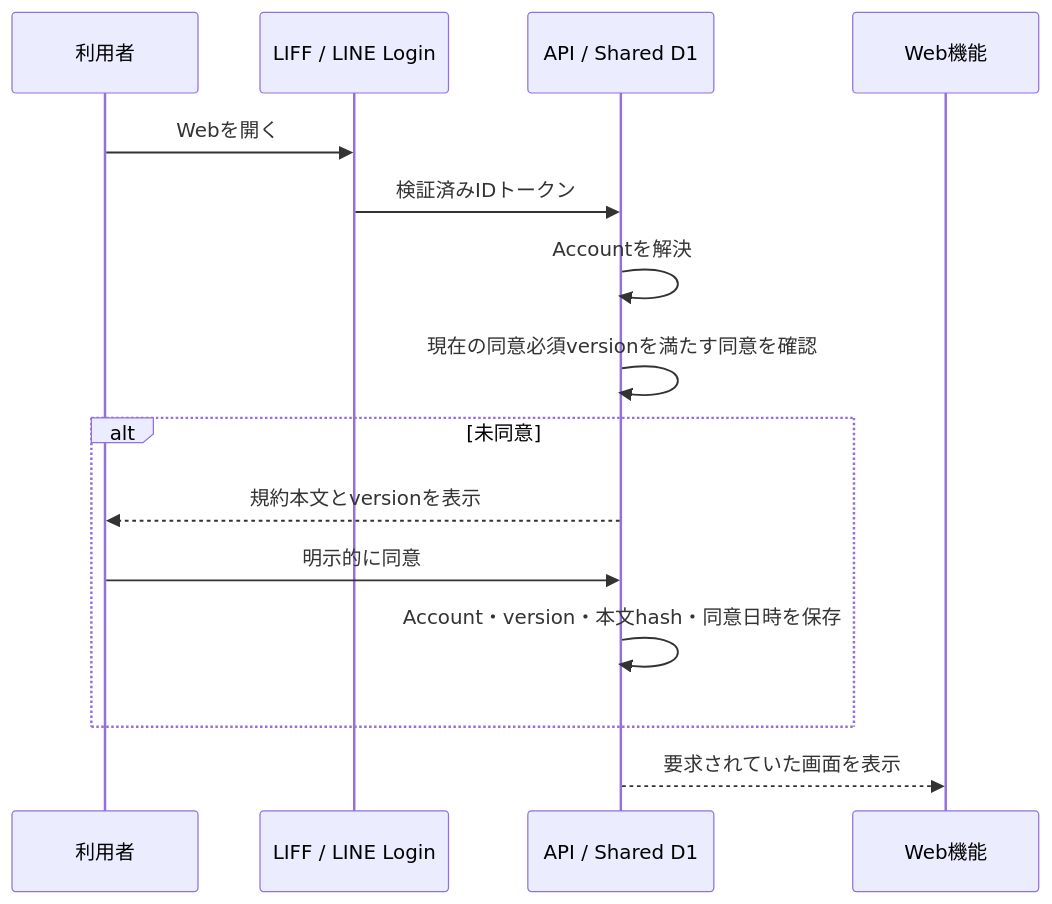
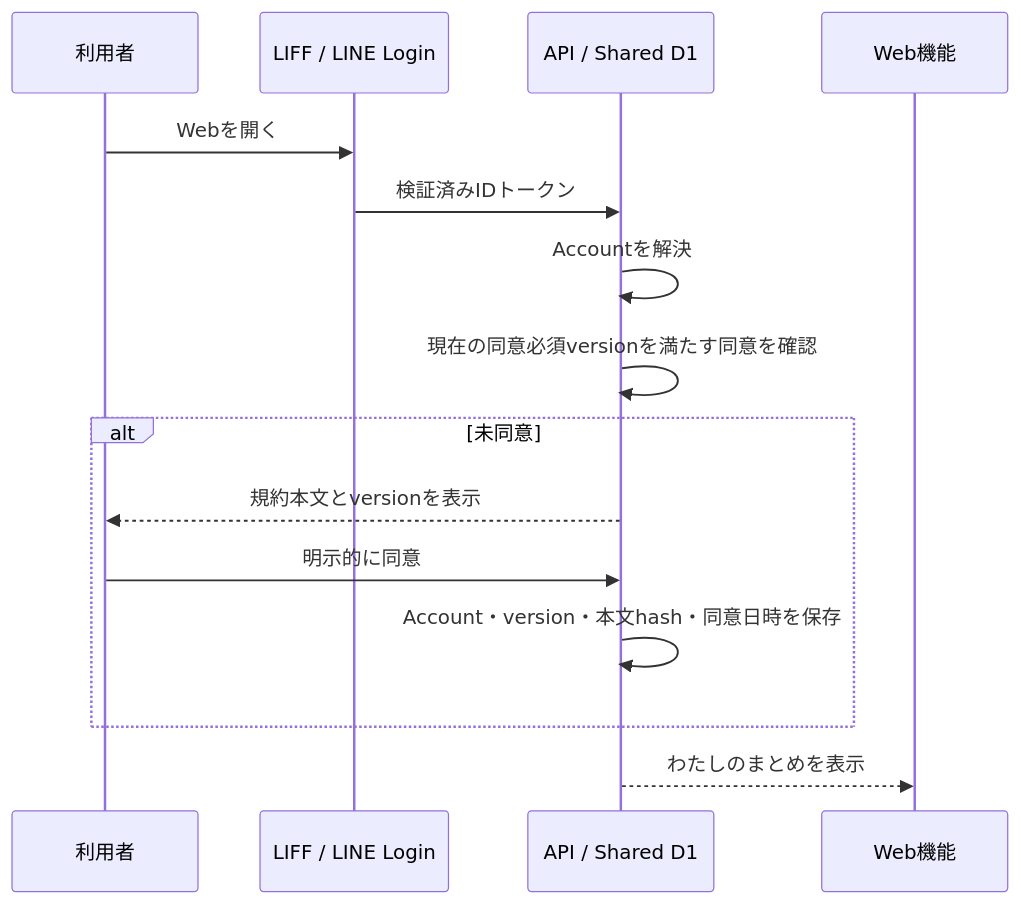
Before and after one commit to kkyosuke/me-builder: the first of 3 diagrams in docs/product/service-terms-consent-experience.md, drawn with Mermaid. The commit also changed other lines of this file and 17 other files, not shown here.

````diff
--- a/docs/product/service-terms-consent-experience.md
+++ b/docs/product/service-terms-consent-experience.md
@@ -18,18 +18,18 @@
 ```mermaid
 sequenceDiagram
     participant U as 利用者
     participant L as LIFF / LINE Login
     participant A as API / Shared D1
     participant W as Web機能
 
     U->>L: Webを開く
     L->>A: 検証済みIDトークン
     A->>A: Accountを解決
     A->>A: 現在の同意必須versionを満たす同意を確認
     alt 未同意
         A-->>U: 規約本文とversionを表示
         U->>A: 明示的に同意
         A->>A: Account・version・本文hash・同意日時を保存
     end
-    A-->>W: 要求されていた画面を表示
+    A-->>W: わたしのまとめを表示
 ```
````
